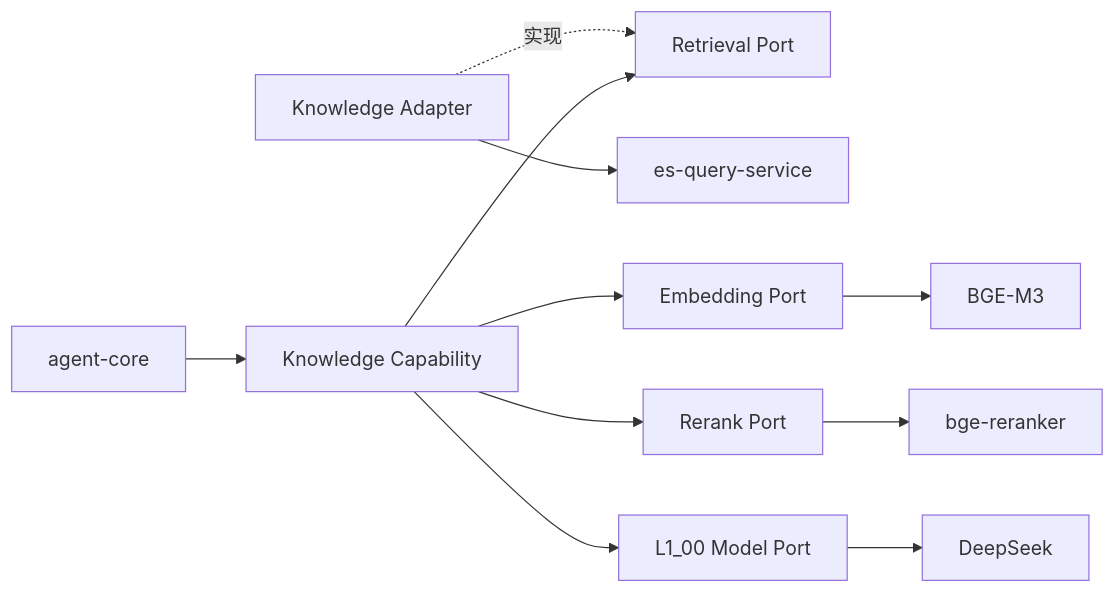
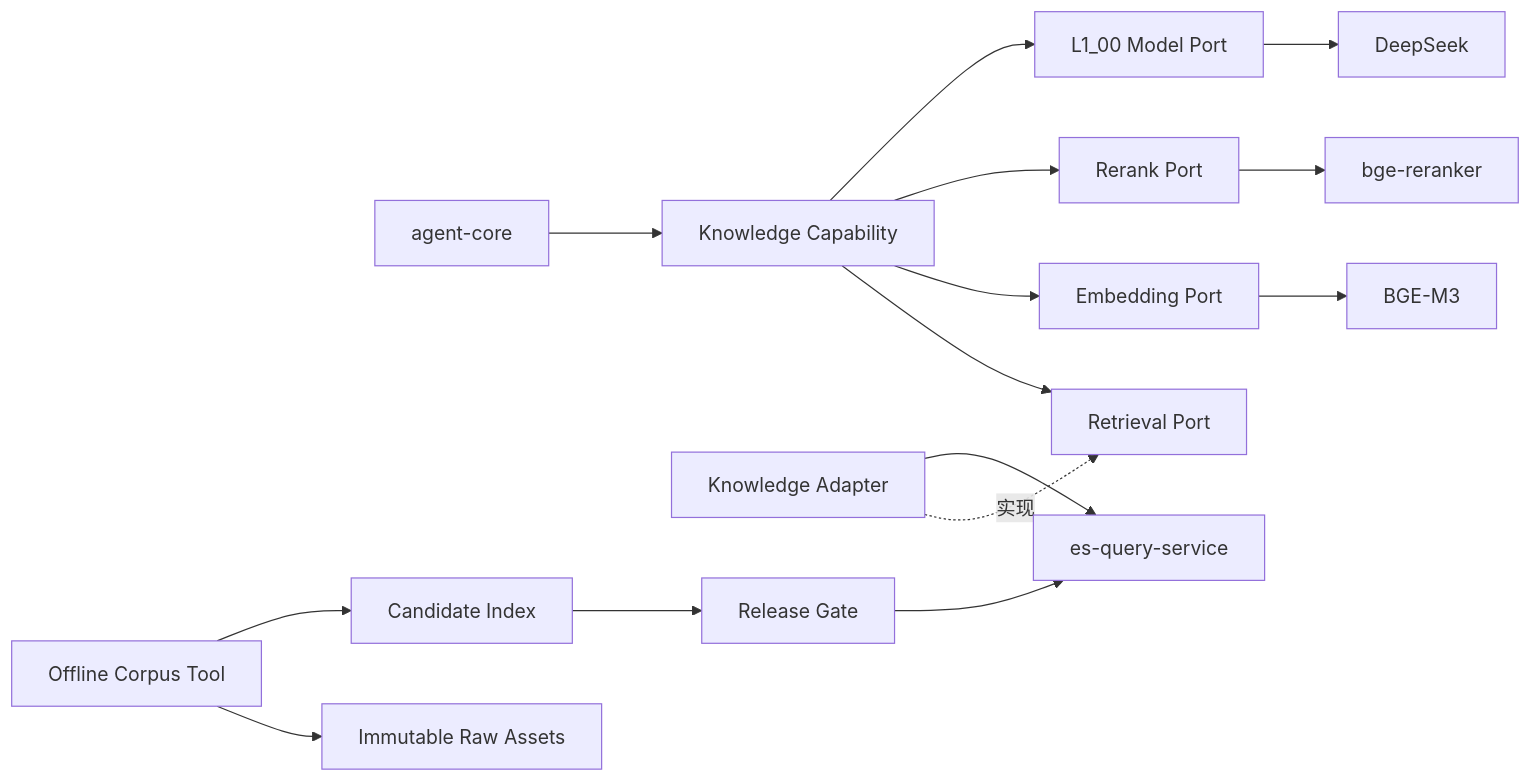
Before and after one commit to KyriosoO/springcloud-demo: the diagram in docs/design/L1_01_SINGLE_AGENT_KNOWLEDGE_QUERY_ARCHITECTURE.md, drawn with Mermaid. The commit also changed other lines of this file and 7 other files, not shown here.

````diff
--- a/docs/design/L1_01_SINGLE_AGENT_KNOWLEDGE_QUERY_ARCHITECTURE.md
+++ b/docs/design/L1_01_SINGLE_AGENT_KNOWLEDGE_QUERY_ARCHITECTURE.md
@@ -146,10 +161,14 @@
 ```mermaid
 flowchart LR
     Core[agent-core] --> KC[Knowledge Capability]
     KC --> RP[Retrieval Port]
     KA[Knowledge Adapter] -.实现.-> RP
     KA --> ESQ[es-query-service]
     KC --> EP[Embedding Port] --> BGE[BGE-M3]
     KC --> RRP[Rerank Port] --> RR[bge-reranker]
     KC --> MP[L1_00 Model Port] --> DS[DeepSeek]
+    OF[Offline Corpus Tool] --> RA[Immutable Raw Assets]
+    OF --> CI[Candidate Index]
+    CI --> RG[Release Gate]
+    RG --> ESQ
 ```
````
